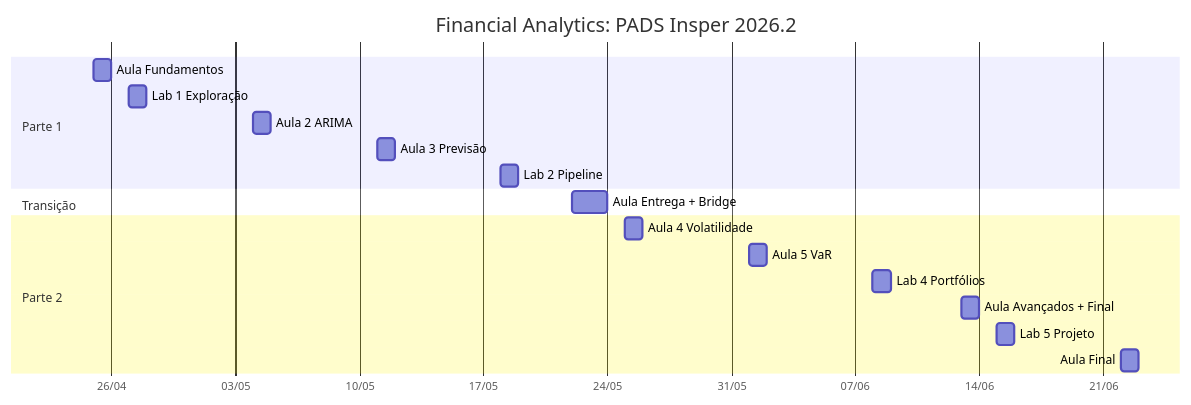
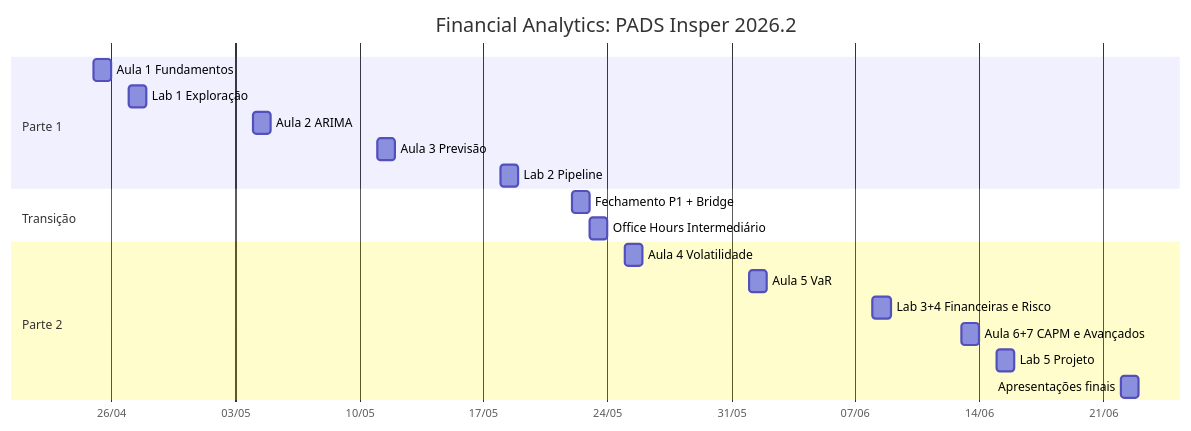
Before and after one commit to padsInsper/202632-fa: the diagram in cronograma.qmd, drawn with Mermaid. The commit also changed other lines of this file and 1 other file, not shown here.

````diff
--- a/cronograma.qmd
+++ b/cronograma.qmd
@@ -8,25 +8,26 @@
 ```{mermaid}
 %%| fig-width: 10
 gantt
     title Financial Analytics: PADS Insper 2026.2
     dateFormat  YYYY-MM-DD
     axisFormat  %d/%m
 
     section Parte 1
-    Aula Fundamentos       :a1, 2026-04-25, 1d
+    Aula 1 Fundamentos           :a1, 2026-04-25, 1d
     Lab 1 Exploração             :a2, 2026-04-27, 1d
     Aula 2 ARIMA                 :a3, 2026-05-04, 1d
     Aula 3 Previsão              :a4, 2026-05-11, 1d
     Lab 2 Pipeline               :a5, 2026-05-18, 1d
 
     section Transição
-    Aula Entrega + Bridge  :t1, 2026-05-22, 2d
+    Fechamento P1 + Bridge       :t1, 2026-05-22, 1d
+    Office Hours Intermediário   :t2, 2026-05-23, 1d
 
     section Parte 2
     Aula 4 Volatilidade          :b1, 2026-05-25, 1d
     Aula 5 VaR                   :b2, 2026-06-01, 1d
-    Lab 4 Portfólios             :b3, 2026-06-08, 1d
-    Aula Avançados + Final :b4, 2026-06-13, 1d
+    Lab 3+4 Financeiras e Risco  :b3, 2026-06-08, 1d
+    Aula 6+7 CAPM e Avançados    :b4, 2026-06-13, 1d
     Lab 5 Projeto                :b5, 2026-06-15, 1d
-    Aula Final                   :b6, 2026-06-22, 1d
+    Apresentações finais         :b6, 2026-06-22, 1d
 ```
````
